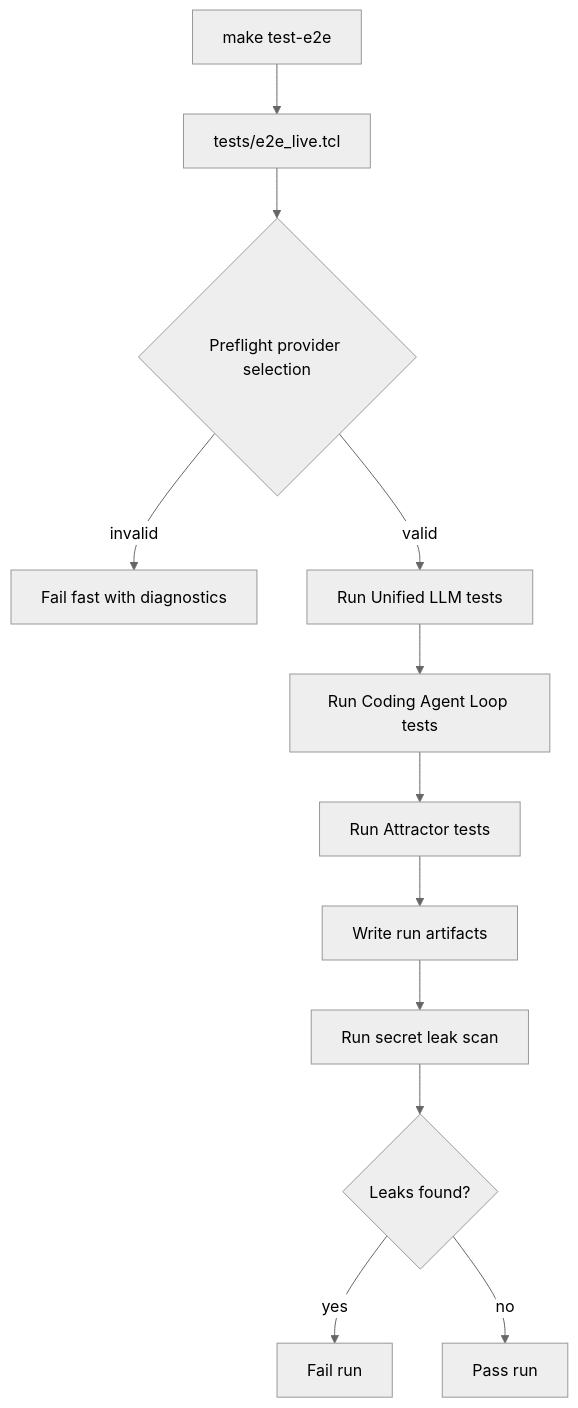
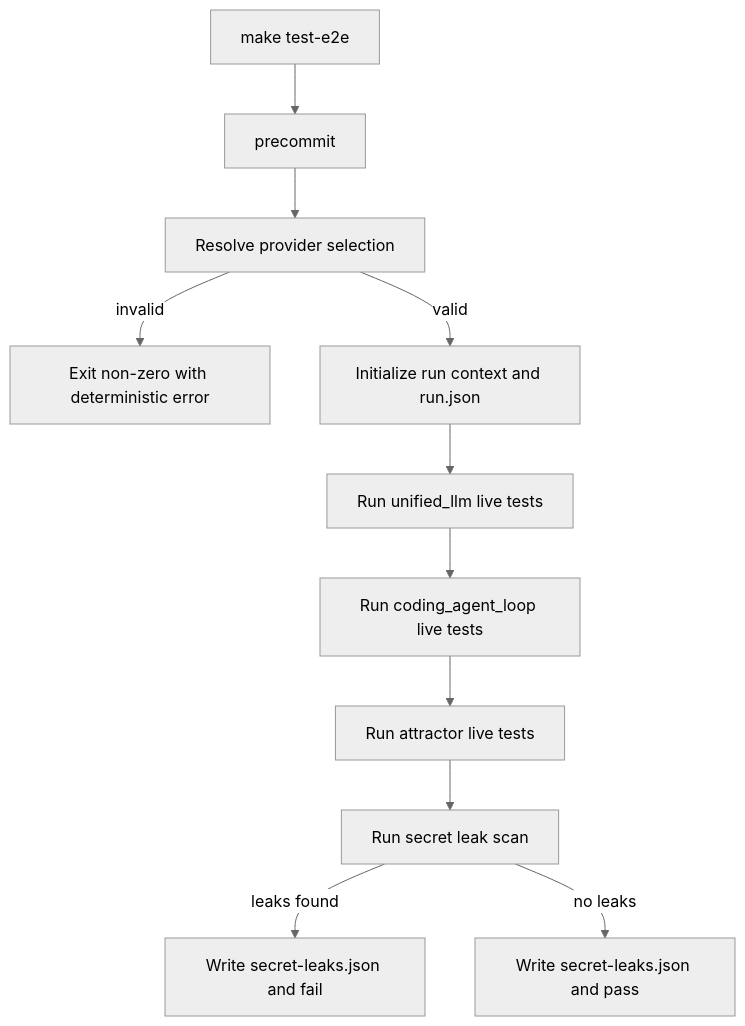
Before and after one commit to jaytaylor/attractor-tcl: the third of 5 diagrams in docs/sprints/SPRINT-004-comprehensive-implementation-plan.md, drawn with Mermaid (neutral theme). The commit also changed other lines of this file, not shown here.

````diff
--- a/docs/sprints/SPRINT-004-comprehensive-implementation-plan.md
+++ b/docs/sprints/SPRINT-004-comprehensive-implementation-plan.md
@@ -1667,14 +1822,13 @@
 ```mermaid
 flowchart TD
-  A[make test-e2e] --> B[tests/e2e_live.tcl]
-  B --> C{Preflight provider selection}
-  C -->|invalid| D[Fail fast with diagnostics]
-  C -->|valid| E[Run Unified LLM tests]
-  E --> F[Run Coding Agent Loop tests]
-  F --> G[Run Attractor tests]
-  G --> H[Write run artifacts]
-  H --> I[Run secret leak scan]
-  I --> J{Leaks found?}
-  J -->|yes| K[Fail run]
-  J -->|no| L[Pass run]
+  START[make test-e2e] --> PRECOMMIT[precommit]
+  PRECOMMIT --> PREFLIGHT[Resolve provider selection]
+  PREFLIGHT -->|invalid| FAILFAST[Exit non-zero with deterministic error]
+  PREFLIGHT -->|valid| INIT[Initialize run context and run.json]
+  INIT --> ULLM[Run unified_llm live tests]
+  ULLM --> CAL[Run coding_agent_loop live tests]
+  CAL --> ATR[Run attractor live tests]
+  ATR --> SCAN[Run secret leak scan]
+  SCAN -->|leaks found| FAILLEAK[Write secret-leaks.json and fail]
+  SCAN -->|no leaks| PASS[Write secret-leaks.json and pass]
 ```
````
